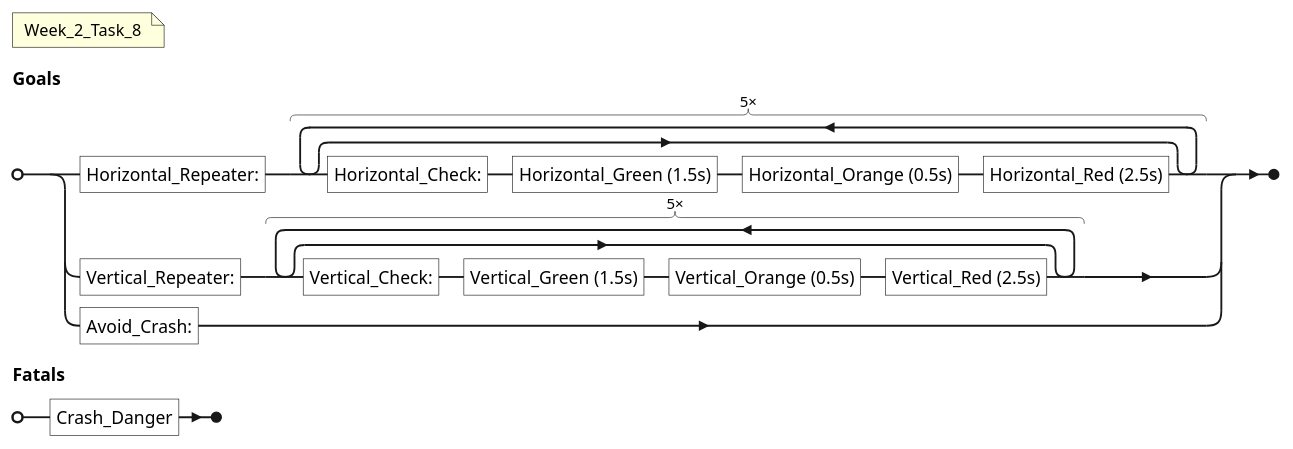
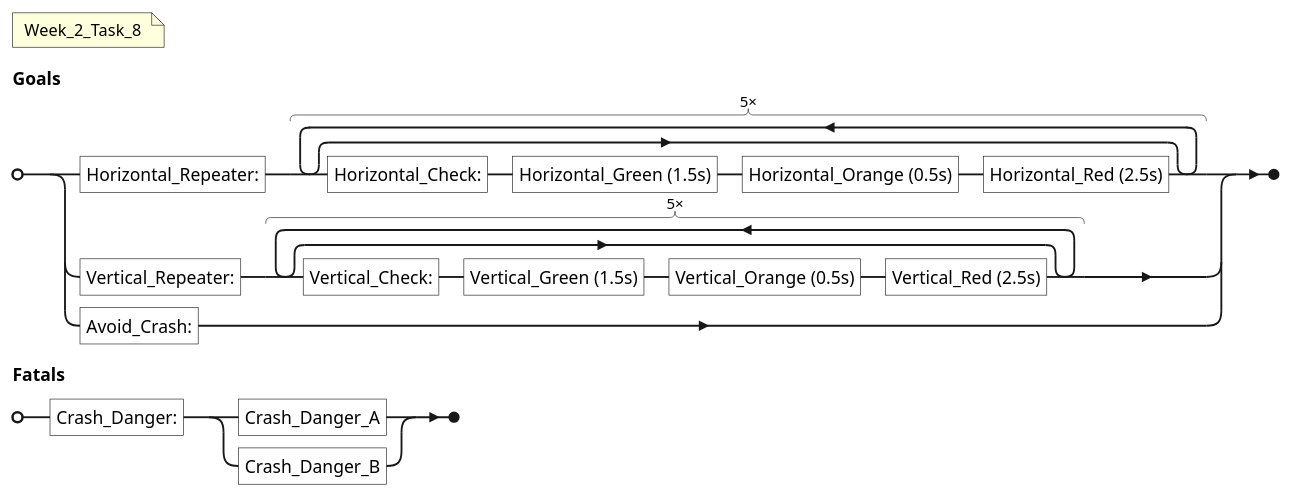
One commit to robotics-4-all/goal-dsl changed the diagram in goal_dsl/transformations/Week_2_Task_8.puml. Above: the diagram before and after it, drawn with PlantUML. The commit also changed 5 other files, not shown here.

```diff
--- a/goal_dsl/transformations/Week_2_Task_8.puml
+++ b/goal_dsl/transformations/Week_2_Task_8.puml
@@ -1,37 +1,36 @@
 @startebnf
 (* Week_2_Task_8 *)
 Goals =
-    ( 
-        "Horizontal_Repeater:",
+( 
+        "Horizontal_Repeater:"
+,
             5 *
             [ "Horizontal_Check:",
                 "Horizontal_Green (1.5s)"
-            ,
+,
                 "Horizontal_Orange (0.5s)"
-            ,
+,
                 "Horizontal_Red (2.5s)"
-             ]
-        
-     ) |
-    ( 
-        "Vertical_Repeater:",
+ ]
+     ) |( 
+        "Vertical_Repeater:"
+,
             5 *
             [ "Vertical_Check:",
                 "Vertical_Green (1.5s)"
-            ,
+,
                 "Vertical_Orange (0.5s)"
-            ,
+,
                 "Vertical_Red (2.5s)"
-             ]
-        
-     ) |
-    ( 
+ ]
+     ) |( 
         "Avoid_Crash:"
-     )
-    ;
+     );
 Fatals =
-    ( 
-        "Crash_Danger"
-     )
-    ;
+( 
+        "Crash_Danger:"
+,
+( 
+"Crash_Danger_Α" | "Crash_Danger_Β"             )
+     );
 @endebnf
```
